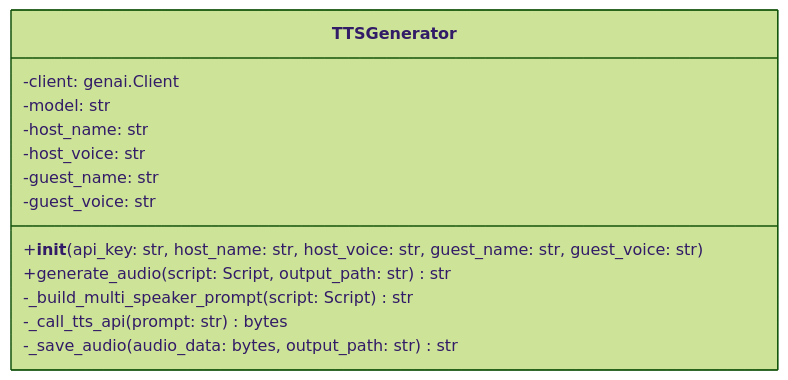
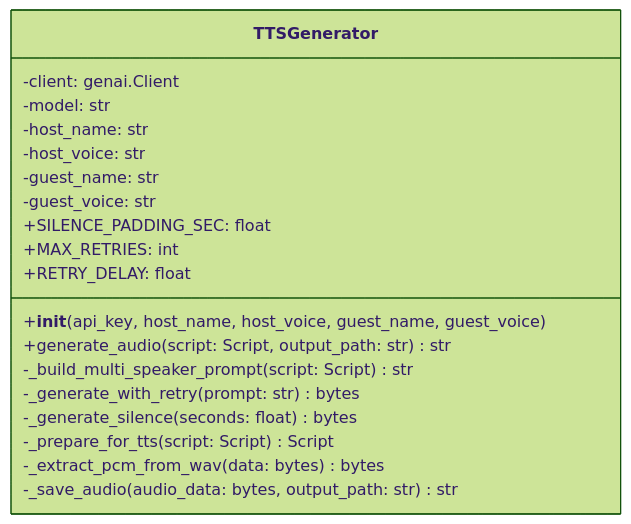
One commit to necoha/auto-podcast changed the third of 6 diagrams in docs/LLD.md. Above: the diagram before and after it, drawn with Mermaid (forest theme). The commit also changed other lines of this file and 2 other files, not shown here.

````diff
--- a/docs/LLD.md
+++ b/docs/LLD.md
@@ -127,16 +138,22 @@
 ```mermaid
 classDiagram
     class TTSGenerator {
         -client: genai.Client
         -model: str
         -host_name: str
         -host_voice: str
         -guest_name: str
         -guest_voice: str
-        +__init__(api_key: str, host_name: str, host_voice: str, guest_name: str, guest_voice: str)
+        +SILENCE_PADDING_SEC: float
+        +MAX_RETRIES: int
+        +RETRY_DELAY: float
+        +__init__(api_key, host_name, host_voice, guest_name, guest_voice)
         +generate_audio(script: Script, output_path: str) str
         -_build_multi_speaker_prompt(script: Script) str
-        -_call_tts_api(prompt: str) bytes
+        -_generate_with_retry(prompt: str) bytes
+        -_generate_silence(seconds: float) bytes
+        -_prepare_for_tts(script: Script) Script
+        -_extract_pcm_from_wav(data: bytes) bytes
         -_save_audio(audio_data: bytes, output_path: str) str
     }
 ```
````
